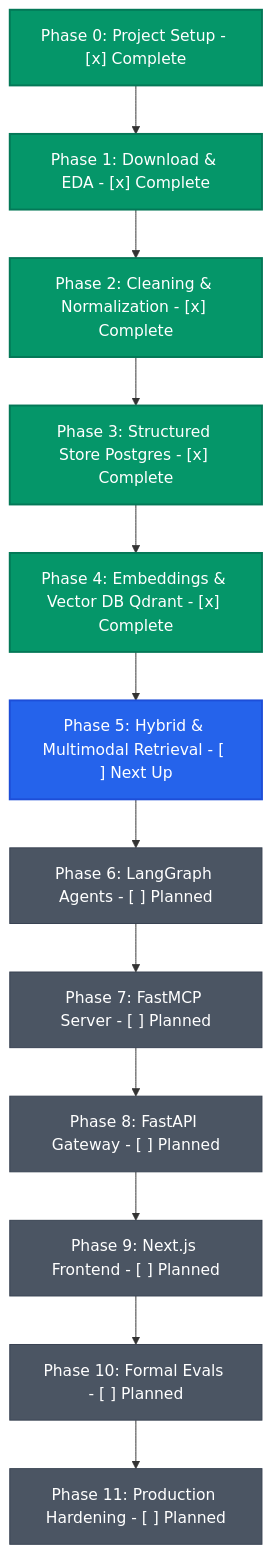
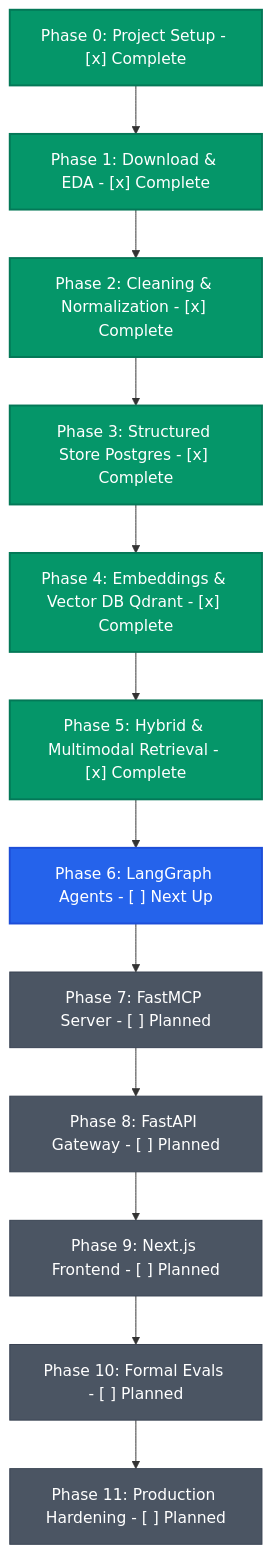
Before and after one commit to iar01/nutrition-and-food-label-analyzer: the first of 3 diagrams in Roadmap.md, drawn with Mermaid. The commit also changed other lines of this file and 41 other files, not shown here.

Commit message:
feat(retrieval): complete Phase 5 hybrid RRF, reranking, multimodal router, and resolve CI lint/type checks

````diff
--- a/Roadmap.md
+++ b/Roadmap.md
@@ -45,22 +45,22 @@
 ```mermaid
 flowchart TD
     P0["Phase 0: Project Setup - [x] Complete"] --> P1["Phase 1: Download & EDA - [x] Complete"]
     P1 --> P2["Phase 2: Cleaning & Normalization - [x] Complete"]
     P2 --> P3["Phase 3: Structured Store Postgres - [x] Complete"]
     P3 --> P4["Phase 4: Embeddings & Vector DB Qdrant - [x] Complete"]
-    P4 --> P5["Phase 5: Hybrid & Multimodal Retrieval - [ ] Next Up"]
-    P5 --> P6["Phase 6: LangGraph Agents - [ ] Planned"]
+    P4 --> P5["Phase 5: Hybrid & Multimodal Retrieval - [x] Complete"]
+    P5 --> P6["Phase 6: LangGraph Agents - [ ] Next Up"]
     P6 --> P7["Phase 7: FastMCP Server - [ ] Planned"]
     P7 --> P8["Phase 8: FastAPI Gateway - [ ] Planned"]
     P8 --> P9["Phase 9: Next.js Frontend - [ ] Planned"]
     P9 --> P10["Phase 10: Formal Evals - [ ] Planned"]
     P10 --> P11["Phase 11: Production Hardening - [ ] Planned"]
 
     classDef done fill:#059669,stroke:#047857,stroke-width:2px,color:#fff;
     classDef next fill:#2563eb,stroke:#1d4ed8,stroke-width:2px,color:#fff;
     classDef planned fill:#4b5563,stroke:#374151,stroke-width:1px,color:#fff;
 
-    class P0,P1,P2,P3,P4 done;
-    class P5 next;
-    class P6,P7,P8,P9,P10,P11 planned;
+    class P0,P1,P2,P3,P4,P5 done;
+    class P6 next;
+    class P7,P8,P9,P10,P11 planned;
 ```
````
